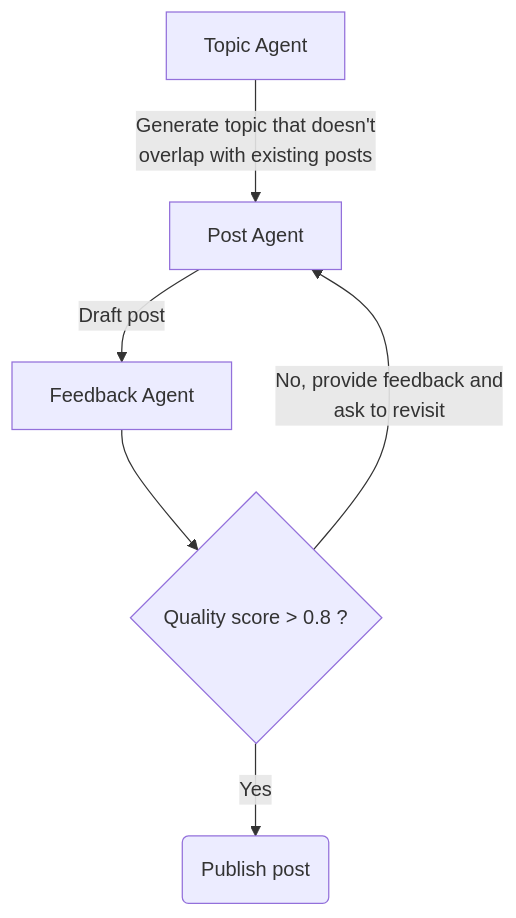
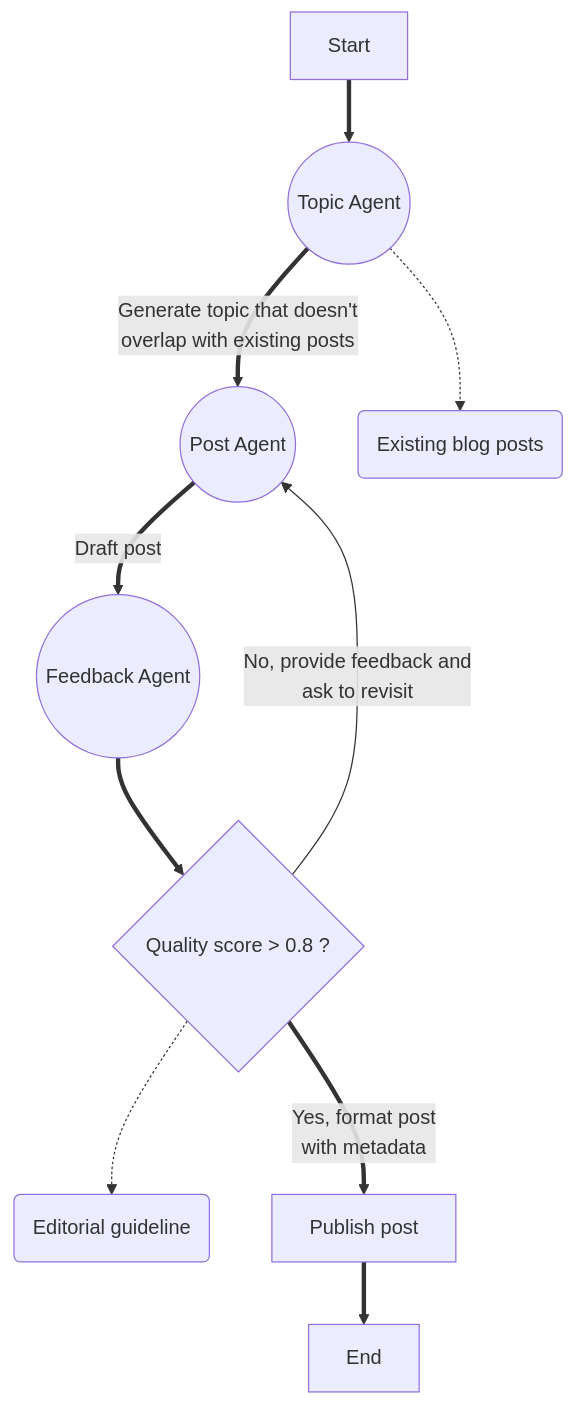
One commit to etiennetremel/ai-generated-blog changed the diagram in README.md. Above: the diagram before and after it, drawn with Mermaid. The commit also changed 6 other files, not shown here.

````diff
--- a/README.md
+++ b/README.md
@@ -19,15 +19,22 @@
 ```mermaid
 flowchart TD
-    A[Topic Agent]
-    B[Post Agent]
-    C[Feedback Agent]
-    D{Quality score > 0.8 ?}
+    A[Start]
+    B((Topic Agent))
+    C((Post Agent))
+    D((Feedback Agent))
+    E{Quality score > 0.8 ?}
+    F(Editorial guideline)
+    G[Publish post]
+    H[End]
+    I(Existing blog posts)
 
-    E(Publish post)
-
-    A -- Generate topic that doesn't<br>overlap with existing posts --> B
-    B -- Draft post --> C
-    C --> D
-    D -- Yes --> E
-    D -- No, provide feedback and<br>ask to revisit --> B
+    A ==> B
+    B -.-> I
+    B == Generate topic that doesn't<br>overlap with existing posts ==> C
+    C == Draft post ==> D
+    E -.-> F
+    D ==> E
+    E == Yes, format post<br>with metadata ==> G
+    E -- No, provide feedback and<br>ask to revisit --> C
+    G ==> H
 ```
````
